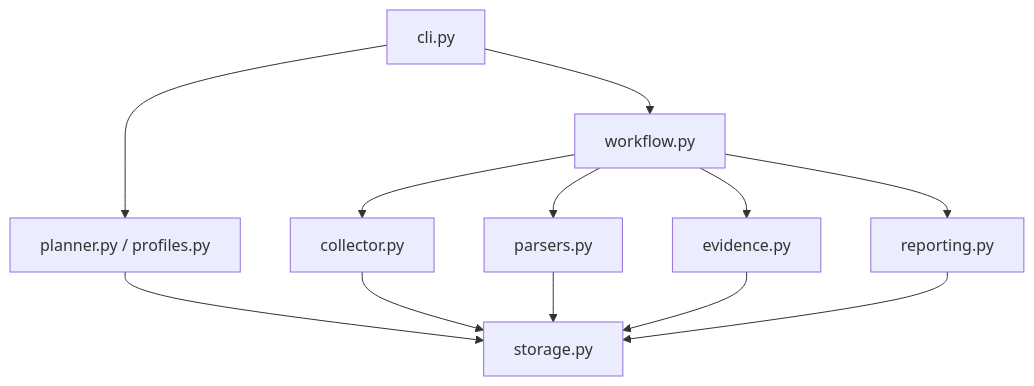
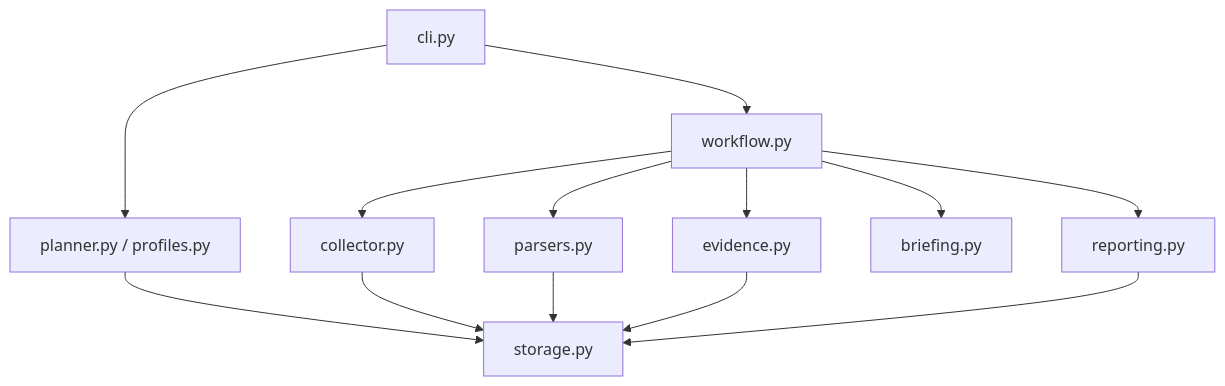
Before and after one commit to Kminer2053/public-sector-research-skill: the second of 2 diagrams in docs/ARCHITECTURE.md, drawn with Mermaid. The commit also changed other lines of this file and 27 other files, not shown here.

````diff
--- a/docs/ARCHITECTURE.md
+++ b/docs/ARCHITECTURE.md
@@ -23,14 +27,15 @@
 ```mermaid
 flowchart TB
     CLI["cli.py"] --> PLAN["planner.py / profiles.py"]
     CLI --> FLOW["workflow.py"]
     FLOW --> COL["collector.py"]
     FLOW --> PAR["parsers.py"]
     FLOW --> EVI["evidence.py"]
+    FLOW --> BRIEF["briefing.py"]
     FLOW --> REP["reporting.py"]
     PLAN --> DB["storage.py"]
     COL --> DB
     PAR --> DB
     EVI --> DB
     REP --> DB
 ```
````
